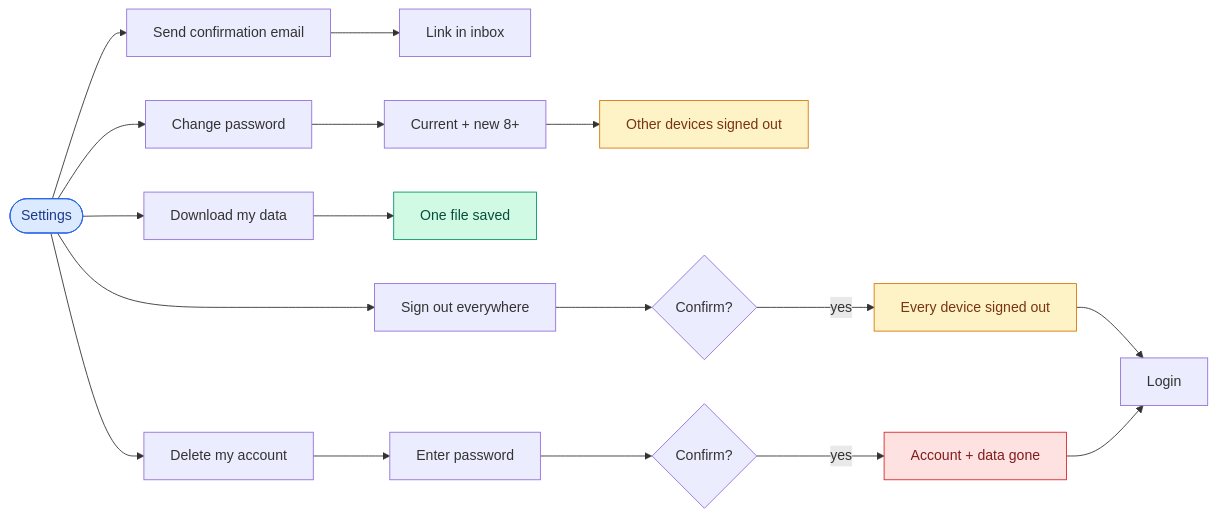
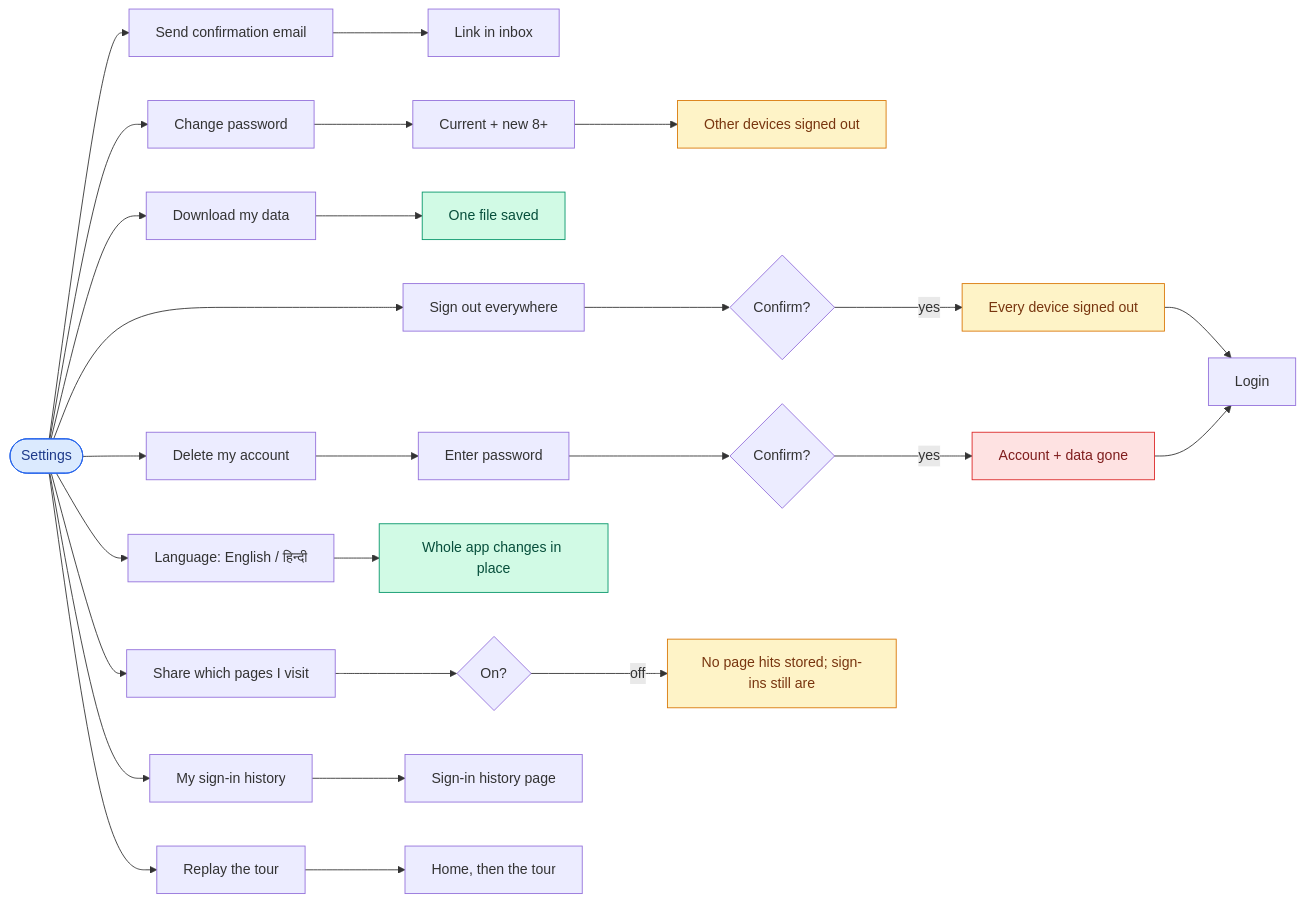
Diagram 23 of 31 in docs/USER_WORKFLOWS.md (rangnenwars/myBudgetApp), drawn with Mermaid before and after one commit. The commit also changed other lines of this file and 14 other files, not shown here.

````diff
--- a/docs/USER_WORKFLOWS.md
+++ b/docs/USER_WORKFLOWS.md
@@ -537,14 +561,18 @@
 ```mermaid
 flowchart LR
   S(["Settings"]):::entry
   S --> A["Send confirmation email"] --> A2["Link in inbox"]
   S --> B["Change password"] --> B1["Current + new 8+"] --> B2["Other devices signed out"]:::warn
   S --> C["Download my data"] --> C1["One file saved"]:::ok
   S --> D["Sign out everywhere"] --> D1{"Confirm?"} -->|yes| D2["Every device signed out"]:::warn --> LO["Login"]
   S --> E["Delete my account"] --> E1["Enter password"] --> E2{"Confirm?"} -->|yes| E3["Account + data gone"]:::bad --> LO
+  S --> L["Language: English / हिन्दी"] --> L1["Whole app changes in place"]:::ok
+  S --> PV["Share which pages I visit"] --> PV1{"On?"} -->|off| PV2["No page hits stored; sign-ins still are"]:::warn
+  S --> SH["My sign-in history"] --> SHP["Sign-in history page"]
+  S --> RT["Replay the tour"] --> RTH["Home, then the tour"]
   classDef entry fill:#dbeafe,stroke:#2563eb,color:#1e3a8a
   classDef ok fill:#d1fae5,stroke:#059669,color:#064e3b
   classDef bad fill:#fee2e2,stroke:#dc2626,color:#7f1d1d
   classDef pro fill:#ede9fe,stroke:#7c3aed,color:#4c1d95
   classDef warn fill:#fef3c7,stroke:#d97706,color:#78350f
 ```
````
